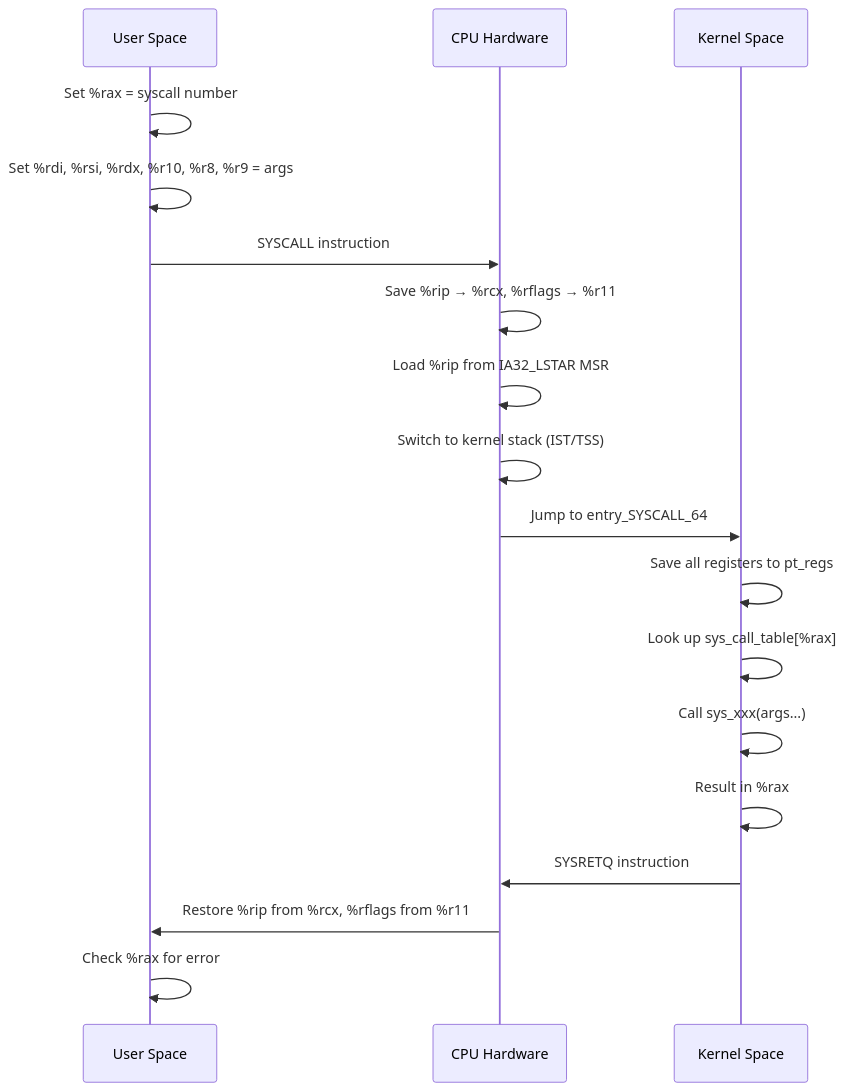
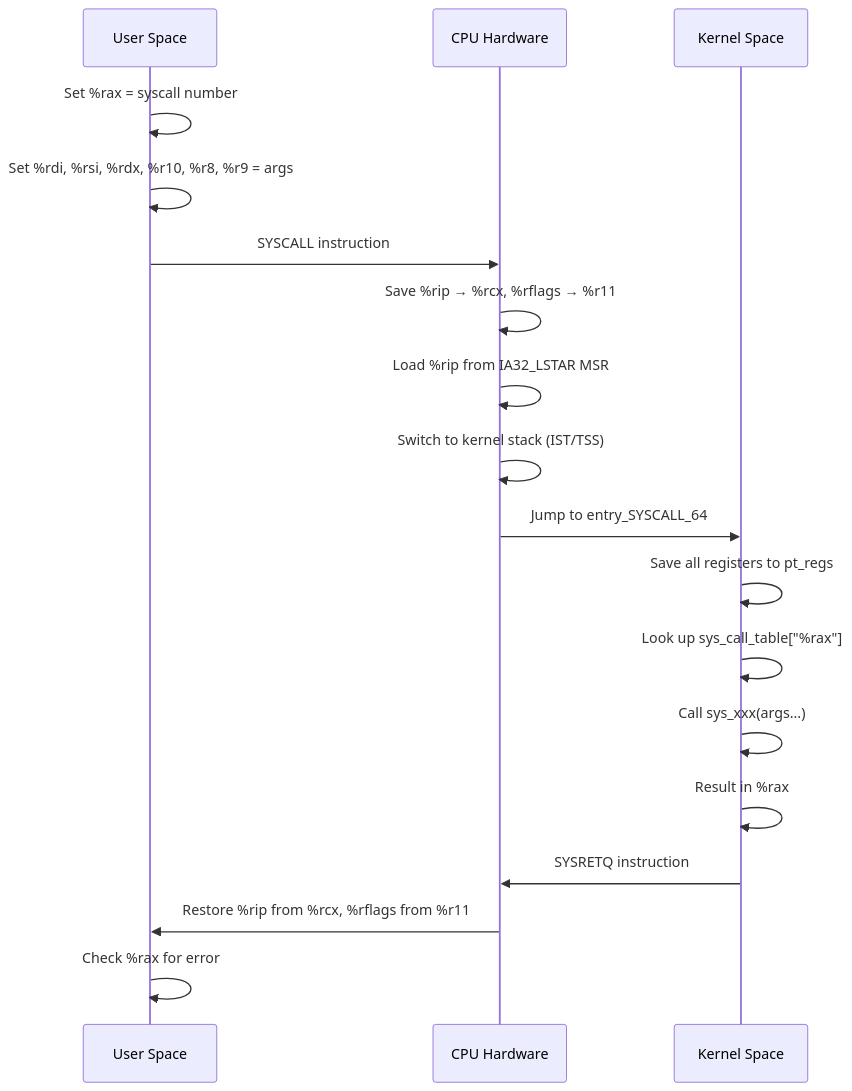
Before and after one commit to Abhinav-Kumar012/lb2: the third of 4 diagrams in src/sysprog/syscalls.md, drawn with Mermaid. The commit also changed other lines of this file and 83 other files, not shown here.

Commit message:
Mermaid fix 2: fixed 49 blocks in kernel processes + memory (br tags, flowchart)

````diff
--- a/src/sysprog/syscalls.md
+++ b/src/sysprog/syscalls.md
@@ -89,21 +89,21 @@
 ```mermaid
 sequenceDiagram
     participant U as User Space
     participant CPU as CPU Hardware
     participant K as Kernel Space
 
     U->>U: Set %rax = syscall number
     U->>U: Set %rdi, %rsi, %rdx, %r10, %r8, %r9 = args
     U->>CPU: SYSCALL instruction
     CPU->>CPU: Save %rip → %rcx, %rflags → %r11
     CPU->>CPU: Load %rip from IA32_LSTAR MSR
     CPU->>CPU: Switch to kernel stack (IST/TSS)
     CPU->>K: Jump to entry_SYSCALL_64
     K->>K: Save all registers to pt_regs
-    K->>K: Look up sys_call_table[%rax]
+    K->>K: Look up sys_call_table["%rax"]
     K->>K: Call sys_xxx(args...)
     K->>K: Result in %rax
     K->>CPU: SYSRETQ instruction
     CPU->>U: Restore %rip from %rcx, %rflags from %r11
     U->>U: Check %rax for error
 ```
````
